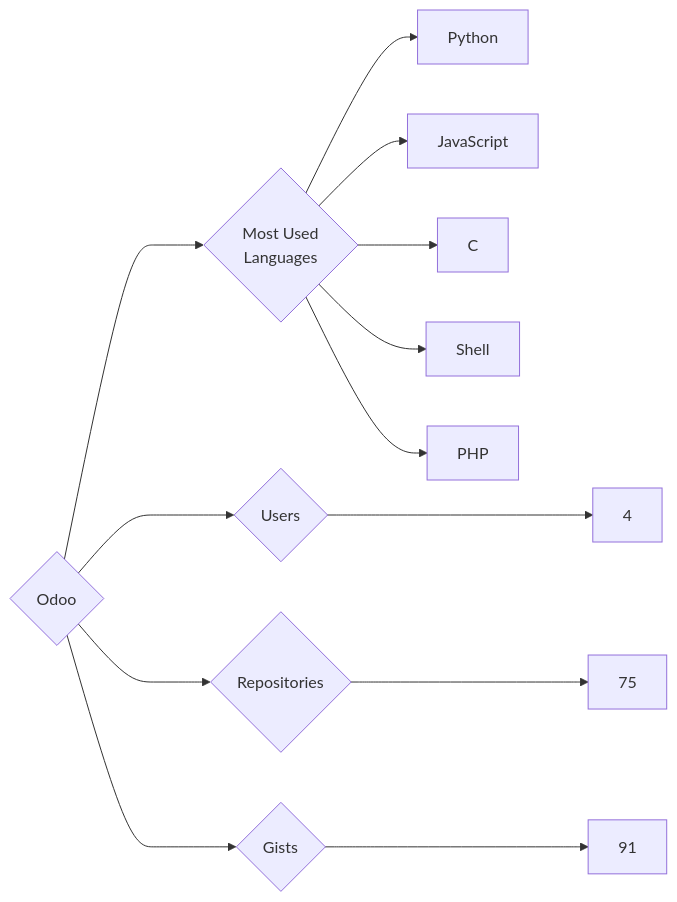
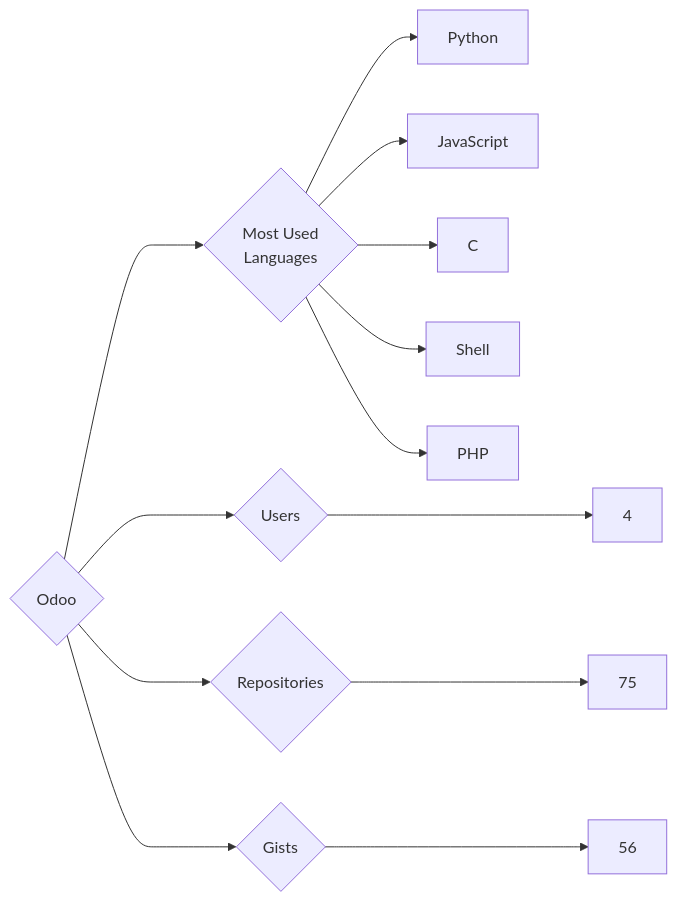
One commit to trickest/insiders changed the diagram in targets/Odoo/README.md. Above: the diagram before and after it, drawn with Mermaid. The commit also changed 898 other files, not shown here.

````diff
--- a/targets/Odoo/README.md
+++ b/targets/Odoo/README.md
@@ -3,13 +3,13 @@
 ```mermaid
 graph LR
 COMPANY_NAME{Odoo}
 COMPANY_NAME ---> U{Users} ---> UN[4]
 COMPANY_NAME ---> R{Repositories} ---> RN[75]
-COMPANY_NAME ---> G{Gists} ---> GN[91]
+COMPANY_NAME ---> G{Gists} ---> GN[56]
 COMPANY_NAME ---> ML{Most Used<br>Languages}
 ML --> Python[Python]
 ML --> JavaScript[JavaScript]
 ML --> C[C]
 ML --> Shell[Shell]
 ML --> PHP[PHP]
 ```
````
